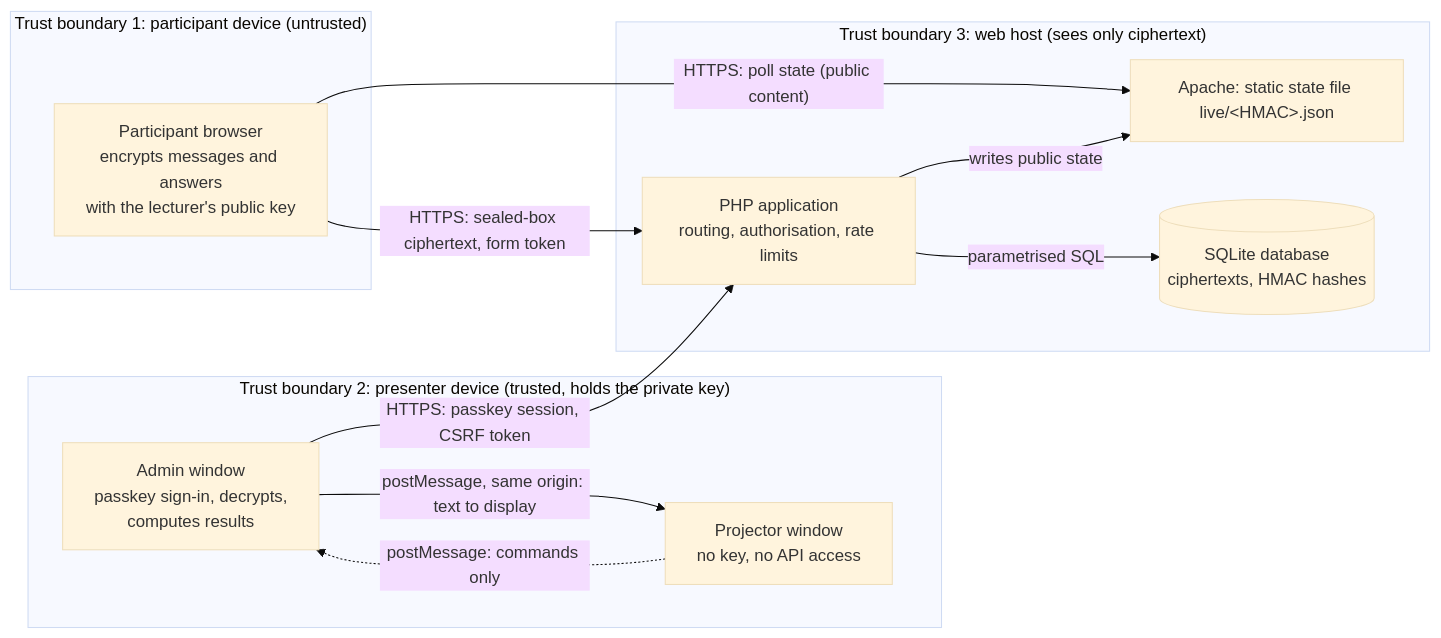
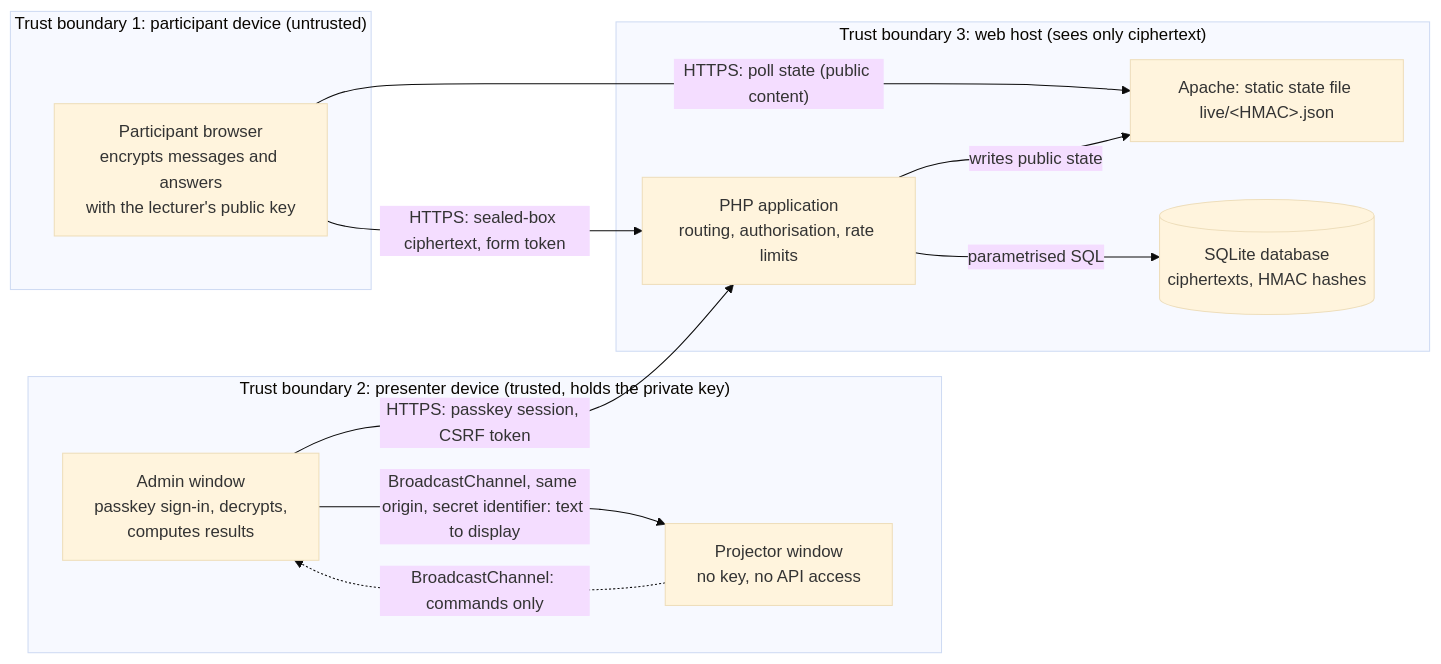
The diagram in docs/threat-model.md (hessuj/hessutalks), drawn with Mermaid (base theme) before and after one commit. The commit also changed other lines of this file and 32 other files, not shown here.

````diff
--- a/docs/threat-model.md
+++ b/docs/threat-model.md
@@ -11,22 +11,22 @@
 ```mermaid
 flowchart LR
   subgraph TB1["Trust boundary 1: participant device (untrusted)"]
     P["Participant browser<br/>encrypts messages and answers<br/>with the lecturer's public key"]
   end
   subgraph TB2["Trust boundary 2: presenter device (trusted, holds the private key)"]
     A["Admin window<br/>passkey sign-in, decrypts,<br/>computes results"]
     S["Projector window<br/>no key, no API access"]
   end
   subgraph TB3["Trust boundary 3: web host (sees only ciphertext)"]
     W["Apache: static state file live/&lt;HMAC&gt;.json"]
     PHP["PHP application<br/>routing, authorisation, rate limits"]
     DB[("SQLite database<br/>ciphertexts, HMAC hashes")]
   end
   P -- "HTTPS: sealed-box ciphertext, form token" --> PHP
   P -- "HTTPS: poll state (public content)" --> W
   A -- "HTTPS: passkey session, CSRF token" --> PHP
-  A -- "postMessage, same origin: text to display" --> S
-  S -. "postMessage: commands only" .-> A
+  A -- "BroadcastChannel, same origin, secret identifier: text to display" --> S
+  S -. "BroadcastChannel: commands only" .-> A
   PHP -- "parametrised SQL" --> DB
   PHP -- "writes public state" --> W
 ```
````
